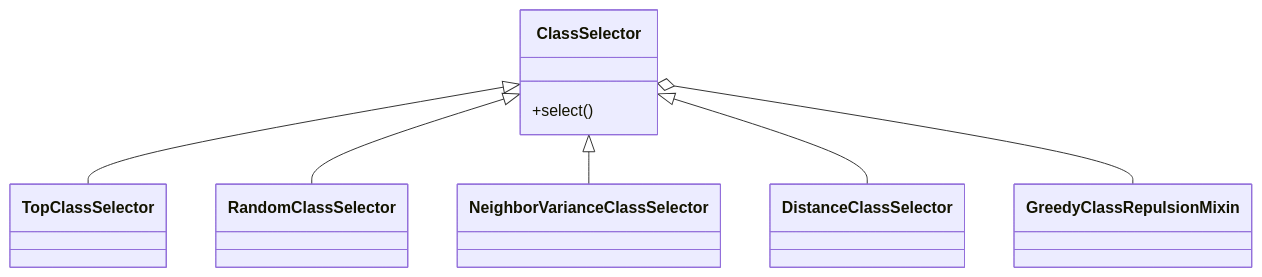
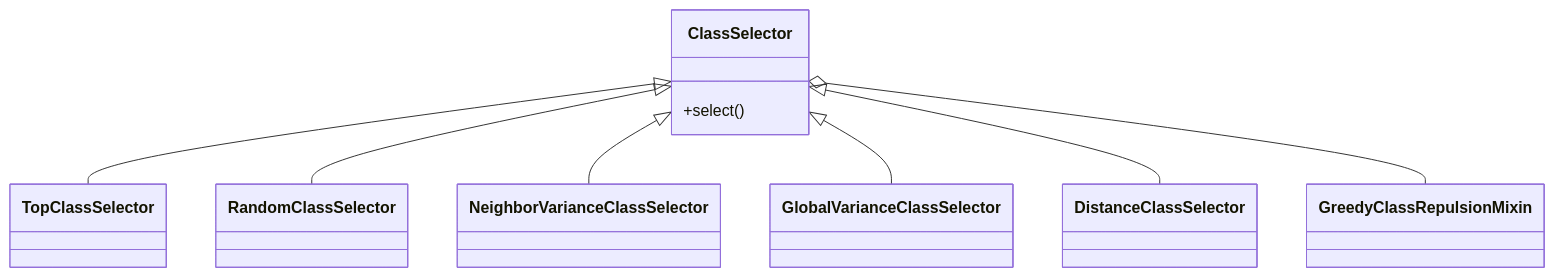
Before and after one commit to ComputationalCryoEM/ASPIRE-Python: the fourth of 7 diagrams in docs/source/class_source.rst, drawn with Mermaid. The commit also changed other lines of this file and 7 other files, not shown here.

Commit message:
add GlobalVarianceClassSelector and update docs for Legacy

```diff
--- a/docs/source/class_source.rst
+++ b/docs/source/class_source.rst
@@ -154,11 +163,12 @@
 .. mermaid::
 
    classDiagram
       class ClassSelector{
 	 +select()
 	 }
        ClassSelector <|-- TopClassSelector
        ClassSelector <|-- RandomClassSelector
        ClassSelector <|-- NeighborVarianceClassSelector
+       ClassSelector <|-- GlobalVarianceClassSelector
        ClassSelector <|-- DistanceClassSelector
        ClassSelector o-- GreedyClassRepulsionMixin
```
